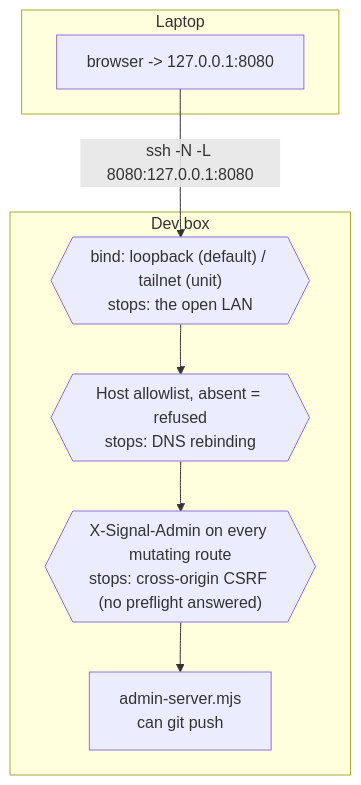
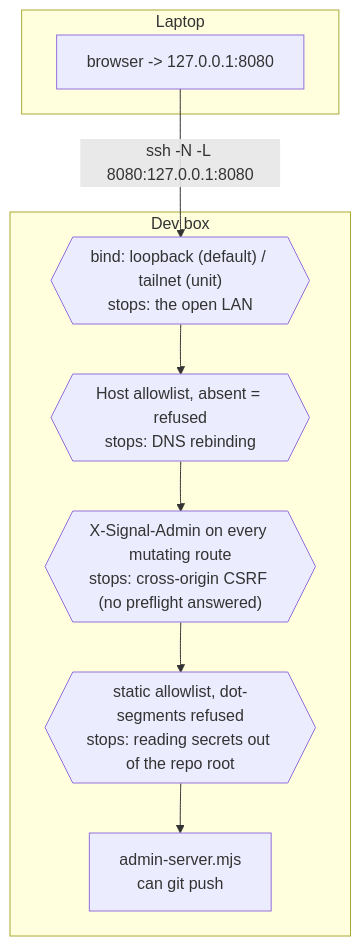
Before and after one commit to hyphen8d/signal: the first of 3 diagrams in CLAUDE.md, drawn with Mermaid. The commit also changed other lines of this file and 4 other files, not shown here.

````diff
--- a/CLAUDE.md
+++ b/CLAUDE.md
@@ -127,13 +128,14 @@
 ```mermaid
 flowchart TB
     subgraph laptop [Laptop]
         B[browser -> 127.0.0.1:8080]
     end
     subgraph box [Dev box]
         G1{{"bind: loopback (default) / tailnet (unit)<br/>stops: the open LAN"}}
         G2{{"Host allowlist, absent = refused<br/>stops: DNS rebinding"}}
         G3{{"X-Signal-Admin on every mutating route<br/>stops: cross-origin CSRF (no preflight answered)"}}
+        G4{{"static allowlist, dot-segments refused<br/>stops: reading secrets out of the repo root"}}
         S[admin-server.mjs<br/>can git push]
     end
-    B -->|ssh -N -L 8080:127.0.0.1:8080| G1 --> G2 --> G3 --> S
+    B -->|ssh -N -L 8080:127.0.0.1:8080| G1 --> G2 --> G3 --> G4 --> S
 ```
````
